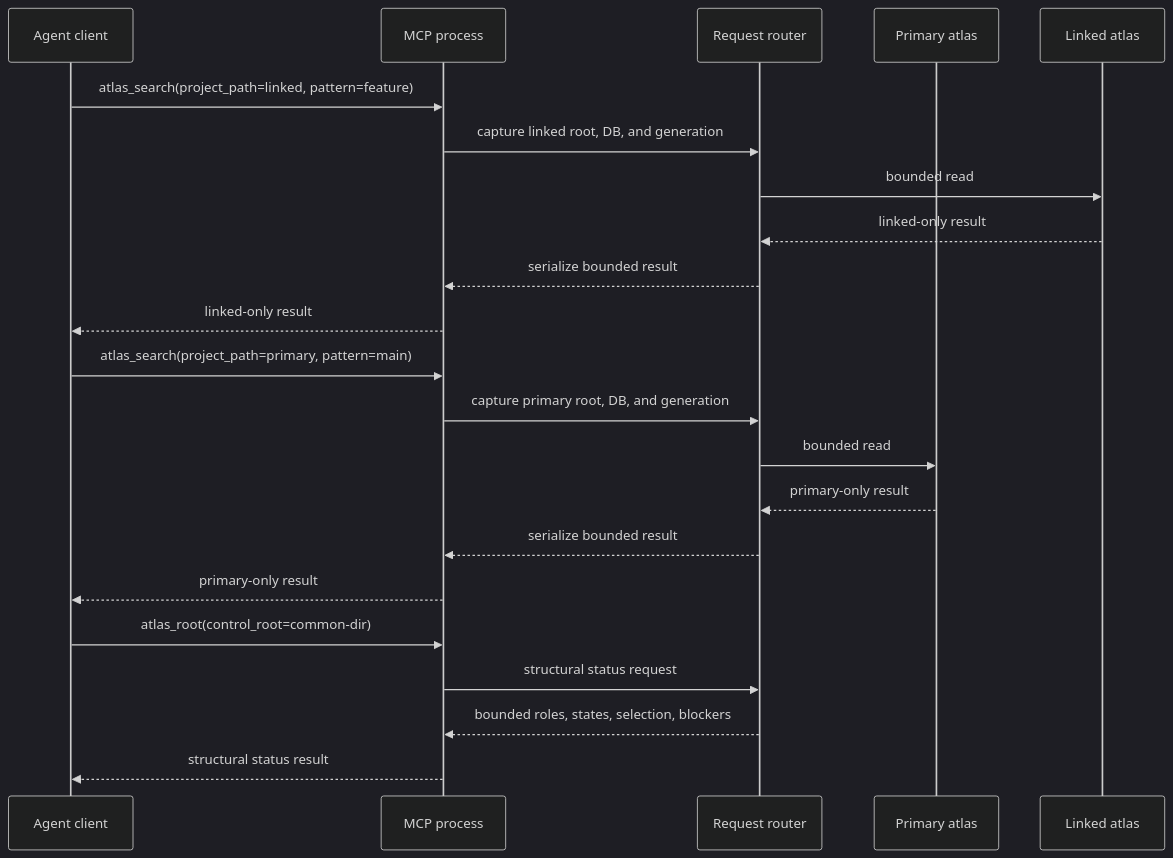
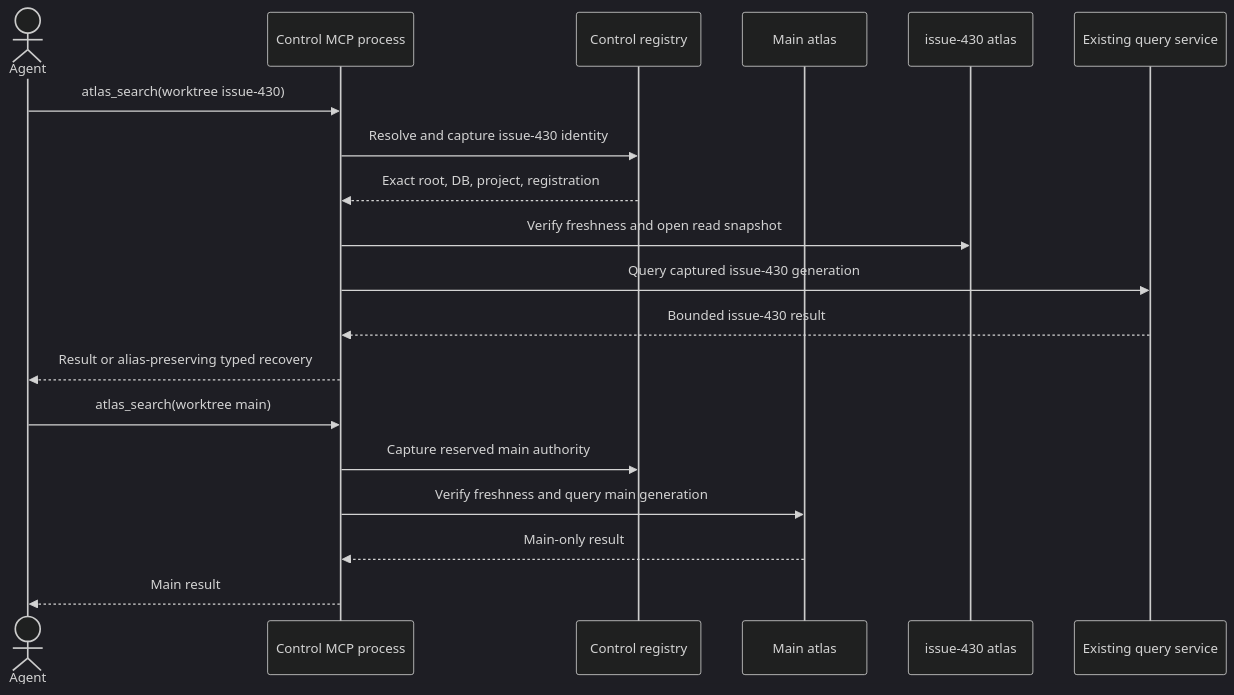
One commit to styler-ai/ProjectAtlas changed the second of 6 diagrams in docs/worktree-lifecycle.md. Above: the diagram before and after it, drawn with Mermaid (dark theme). The commit also changed other lines of this file and 56 other files, not shown here.

````diff
--- a/docs/worktree-lifecycle.md
+++ b/docs/worktree-lifecycle.md
@@ -53,25 +57,22 @@
 ```mermaid
 sequenceDiagram
-    participant A as Agent client
-    participant M as MCP process
-    participant R as Request router
-    participant P as Primary atlas
-    participant W as Linked atlas
+    actor Agent
+    participant MCP as Control MCP process
+    participant Registry as Control registry
+    participant Main as Main atlas
+    participant Issue as issue-430 atlas
+    participant Service as Existing query service
 
-    A->>M: atlas_search(project_path=linked, pattern=feature)
-    M->>R: capture linked root, DB, and generation
-    R->>W: bounded read
-    W-->>R: linked-only result
-    R-->>M: serialize bounded result
-    M-->>A: linked-only result
-    A->>M: atlas_search(project_path=primary, pattern=main)
-    M->>R: capture primary root, DB, and generation
-    R->>P: bounded read
-    P-->>R: primary-only result
-    R-->>M: serialize bounded result
-    M-->>A: primary-only result
-    A->>M: atlas_root(control_root=common-dir)
-    M->>R: structural status request
-    R-->>M: bounded roles, states, selection, blockers
-    M-->>A: structural status result
+    Agent->>MCP: atlas_search(worktree issue-430)
+    MCP->>Registry: Resolve and capture issue-430 identity
+    Registry-->>MCP: Exact root, DB, project, registration
+    MCP->>Issue: Verify freshness and open read snapshot
+    MCP->>Service: Query captured issue-430 generation
+    Service-->>MCP: Bounded issue-430 result
+    MCP-->>Agent: Result or alias-preserving typed recovery
+    Agent->>MCP: atlas_search(worktree main)
+    MCP->>Registry: Capture reserved main authority
+    MCP->>Main: Verify freshness and query main generation
+    Main-->>MCP: Main-only result
+    MCP-->>Agent: Main result
 ```
````
